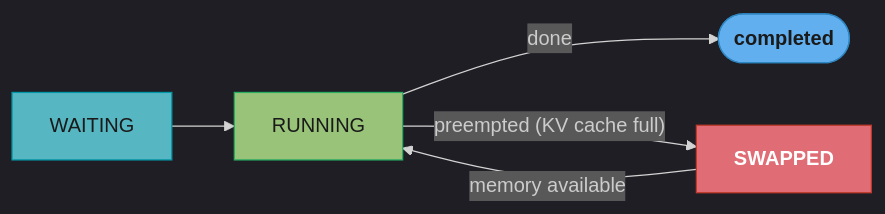
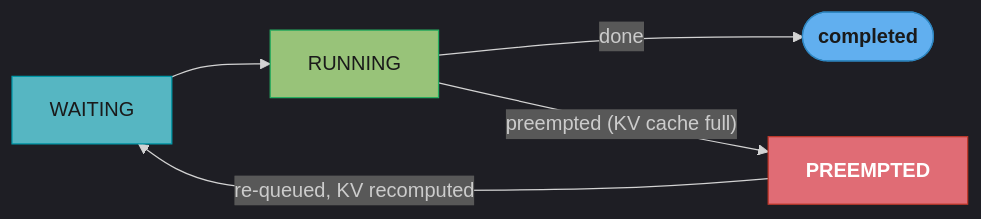
One commit to rppol/system-design changed the second of 4 diagrams in src/main/java/com/rutik/systemdesign/llm/vllm_deep_dive/README.md. Above: the diagram before and after it, drawn with Mermaid. The commit also changed other lines of this file and 113 other files, not shown here.

````diff
--- a/src/main/java/com/rutik/systemdesign/llm/vllm_deep_dive/README.md
+++ b/src/main/java/com/rutik/systemdesign/llm/vllm_deep_dive/README.md
@@ -342,21 +344,21 @@
 ```mermaid
 %%{init: {'flowchart': {'curve': 'basis'}, 'theme': 'dark'}}%%
 flowchart LR
     classDef io      fill:#61afef,stroke:#2e86c1,color:#1a1a1a,font-weight:bold
     classDef frozen  fill:#c678dd,stroke:#9b59b6,color:#fff
     classDef train   fill:#98c379,stroke:#27ae60,color:#1a1a1a
     classDef mathOp  fill:#d19a66,stroke:#e67e22,color:#1a1a1a,font-weight:bold
     classDef lossN   fill:#e06c75,stroke:#c0392b,color:#fff,font-weight:bold
     classDef req     fill:#56b6c2,stroke:#0097a7,color:#1a1a1a
     classDef base    fill:#e5c07b,stroke:#f39c12,color:#1a1a1a
 
     WAITING --> RUNNING
     RUNNING -- "done" --> Done([completed])
-    RUNNING -- "preempted (KV cache full)" --> SWAPPED
-    SWAPPED -- "memory available" --> RUNNING
+    RUNNING -- "preempted (KV cache full)" --> PREEMPTED
+    PREEMPTED -- "re-queued, KV recomputed" --> WAITING
 
     class WAITING req
     class RUNNING train
-    class SWAPPED lossN
+    class PREEMPTED lossN
     class Done io
 ```
````
